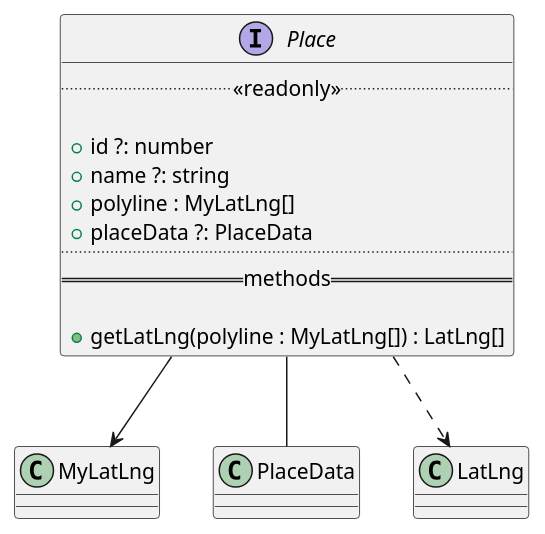
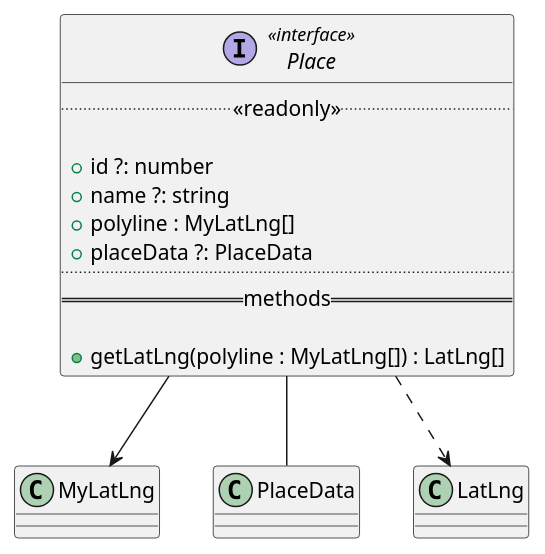
One commit to GruppOne/stalker-web-app changed the diagram in docs/diagrams/interfaces/Place/Place.pu. Above: the diagram before and after it, drawn with PlantUML. The commit also changed 10 other files, not shown here.

```diff
--- a/docs/diagrams/interfaces/Place/Place.pu
+++ b/docs/diagrams/interfaces/Place/Place.pu
@@ -1,18 +1,18 @@
 @startuml Place Diagram
-interface Place {
+interface Place <<interface>> {
   ..<<readonly>>..
 
   + id ?: number
   + name ?: string
   + polyline : MyLatLng[]
   + placeData ?: PlaceData
   ....
   == methods ==
 
   + getLatLng(polyline : MyLatLng[]) : LatLng[]
 }
 
 Place --> MyLatLng
 Place -- PlaceData
 Place ..> LatLng
 @enduml
```
